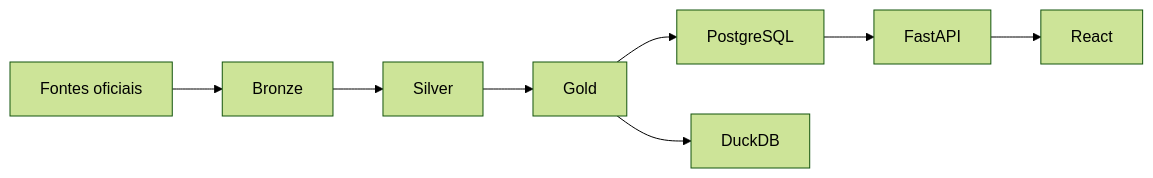
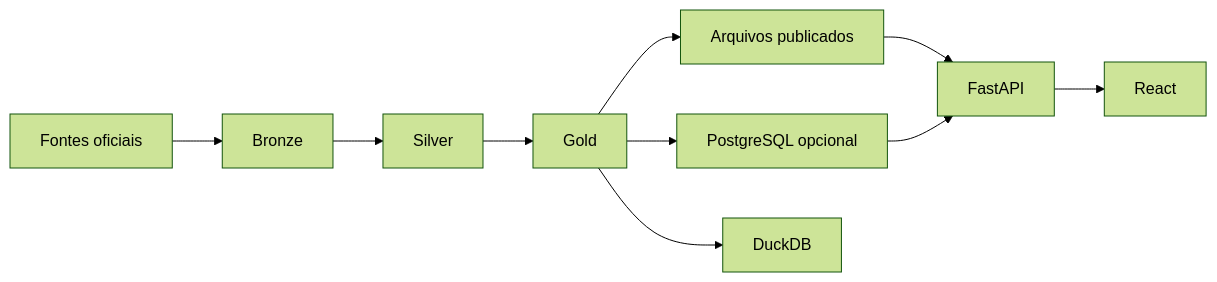
The diagram in docs/ARCHITECTURE.md (peedrovinicius/mercado-tech-brasil), drawn with Mermaid (forest theme) before and after one commit. The commit also changed other lines of this file and 7 other files, not shown here.

```diff
--- a/docs/ARCHITECTURE.md
+++ b/docs/ARCHITECTURE.md
@@ -5,10 +5,12 @@
 ~~~mermaid
 flowchart LR
     A["Fontes oficiais"] --> B["Bronze"]
     B --> C["Silver"]
     C --> D["Gold"]
-    D --> E["PostgreSQL"]
+    D --> E["Arquivos publicados"]
+    D --> P["PostgreSQL opcional"]
     D --> F["DuckDB"]
     E --> G["FastAPI"]
+    P --> G
     G --> H["React"]
 ~~~
```
